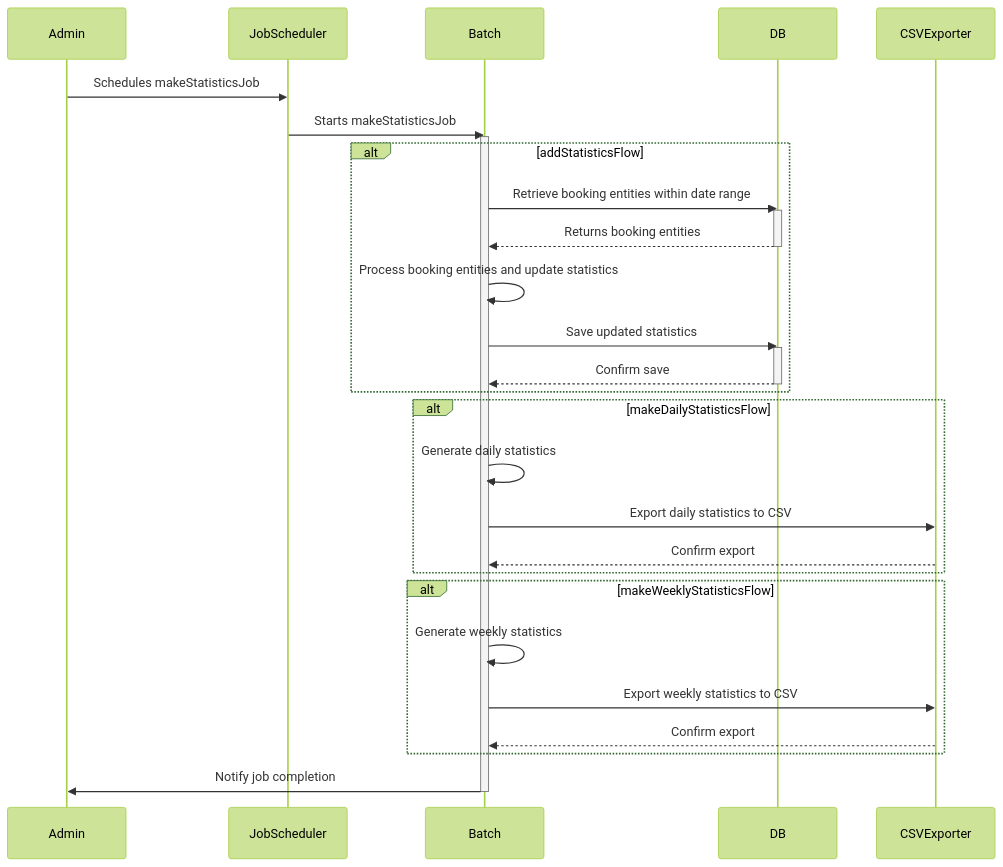
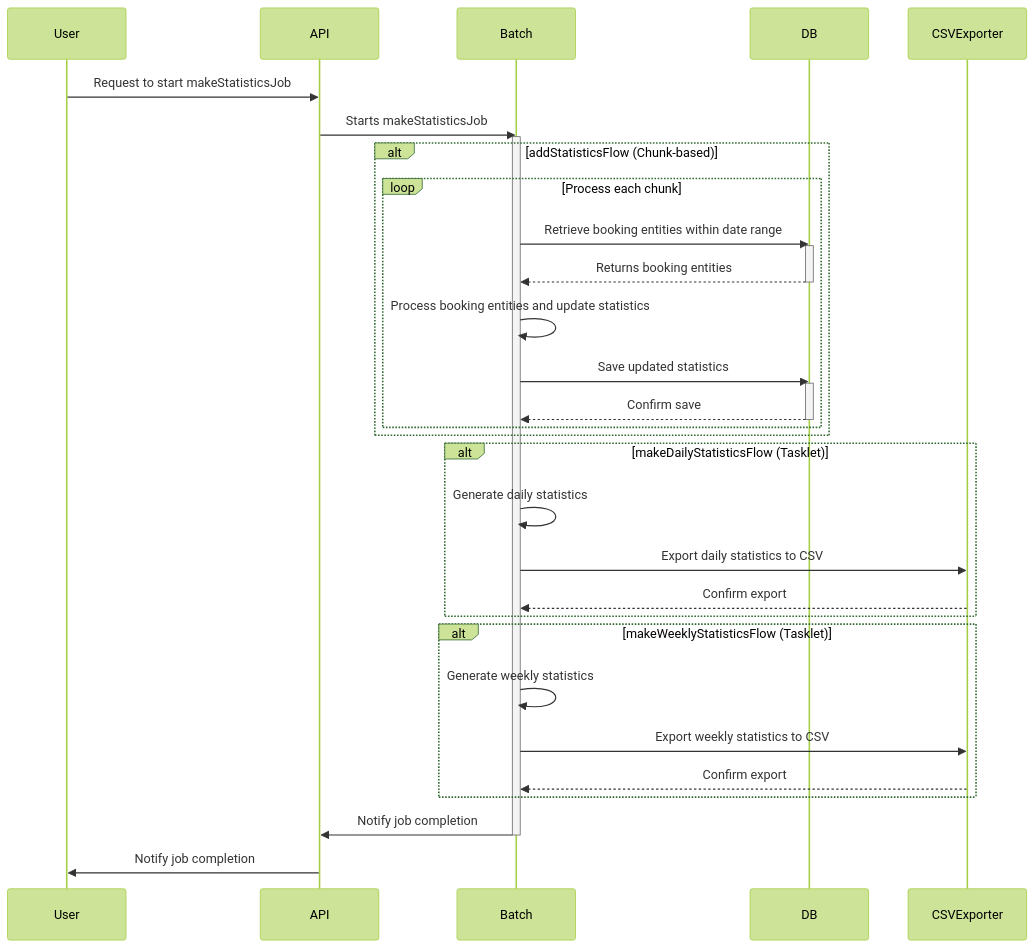
One commit to KyleKim107/ticket-batch changed the first of 5 diagrams in README.md. Above: the diagram before and after it, drawn with Mermaid (forest theme). The commit also changed other lines of this file, not shown here.

Commit message:
updates the diagram in mermaid

````diff
--- a/README.md
+++ b/README.md
@@ -58,38 +60,42 @@
 ```mermaid
+
 sequenceDiagram
-    participant Admin
-    participant JobScheduler
+    participant User
+    participant API
     participant Batch
     participant DB
 
-    Admin->>JobScheduler: Schedules makeStatisticsJob
-    JobScheduler->>Batch: Starts makeStatisticsJob
+    User->>API: Request to start makeStatisticsJob
+    API->>Batch: Starts makeStatisticsJob
     activate Batch
 
-    alt addStatisticsFlow
-        Batch->>DB: Retrieve booking entities within date range
-        activate DB
-        DB-->>Batch: Returns booking entities
-        deactivate DB
-        Batch->>Batch: Process booking entities and update statistics
-        Batch->>DB: Save updated statistics
-        activate DB
-        DB-->>Batch: Confirm save
-        deactivate DB
+    alt addStatisticsFlow (Chunk-based)
+        loop Process each chunk
+            Batch->>DB: Retrieve booking entities within date range
+            activate DB
+            DB-->>Batch: Returns booking entities
+            deactivate DB
+            Batch->>Batch: Process booking entities and update statistics
+            Batch->>DB: Save updated statistics
+            activate DB
+            DB-->>Batch: Confirm save
+            deactivate DB
+        end
     end
 
-    alt makeDailyStatisticsFlow
+    alt makeDailyStatisticsFlow (Tasklet)
         Batch->>Batch: Generate daily statistics
         Batch->>CSVExporter: Export daily statistics to CSV
         CSVExporter-->>Batch: Confirm export
     end
 
-    alt makeWeeklyStatisticsFlow
+    alt makeWeeklyStatisticsFlow (Tasklet)
         Batch->>Batch: Generate weekly statistics
         Batch->>CSVExporter: Export weekly statistics to CSV
         CSVExporter-->>Batch: Confirm export
     end
 
-    Batch->>Admin: Notify job completion
+    Batch->>API: Notify job completion
     deactivate Batch
+    API->>User: Notify job completion
 ```
````
